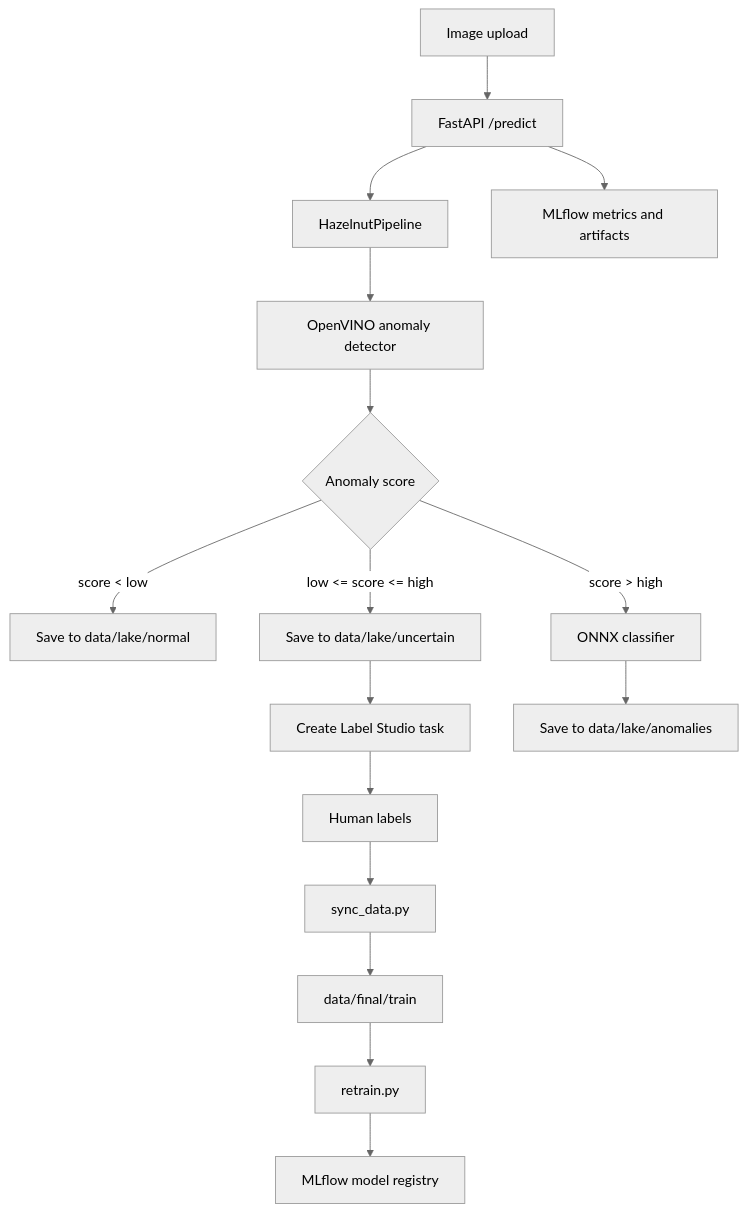
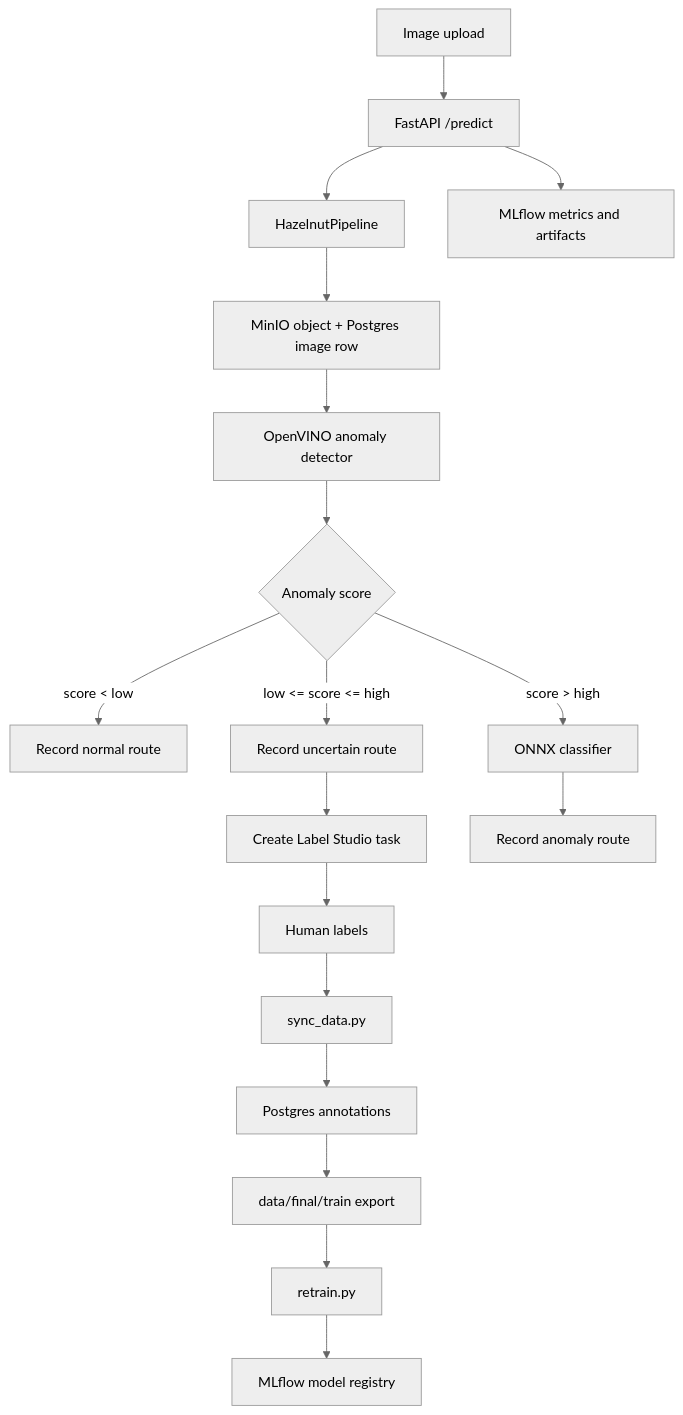
One commit to locluclak/Weird_Hazelnut_FullMLops changed the diagram in ARCHITECTURE.md. Above: the diagram before and after it, drawn with Mermaid (neutral theme). The commit also changed other lines of this file and 12 other files, not shown here.

````diff
--- a/ARCHITECTURE.md
+++ b/ARCHITECTURE.md
@@ -10,18 +11,20 @@
 ```mermaid
 flowchart TD
     A[Image upload] --> B[FastAPI /predict]
     B --> C[HazelnutPipeline]
-    C --> D[OpenVINO anomaly detector]
+    C --> S[MinIO object + Postgres image row]
+    S --> D[OpenVINO anomaly detector]
     D --> E{Anomaly score}
-    E -->|score < low| F[Save to data/lake/normal]
-    E -->|low <= score <= high| G[Save to data/lake/uncertain]
+    E -->|score < low| F[Record normal route]
+    E -->|low <= score <= high| G[Record uncertain route]
     G --> H[Create Label Studio task]
     E -->|score > high| I[ONNX classifier]
-    I --> J[Save to data/lake/anomalies]
+    I --> J[Record anomaly route]
     B --> K[MLflow metrics and artifacts]
     H --> L[Human labels]
     L --> M[sync_data.py]
-    M --> N[data/final/train]
+    M --> Q[Postgres annotations]
+    Q --> N[data/final/train export]
     N --> O[retrain.py]
     O --> P[MLflow model registry]
 ```
````
